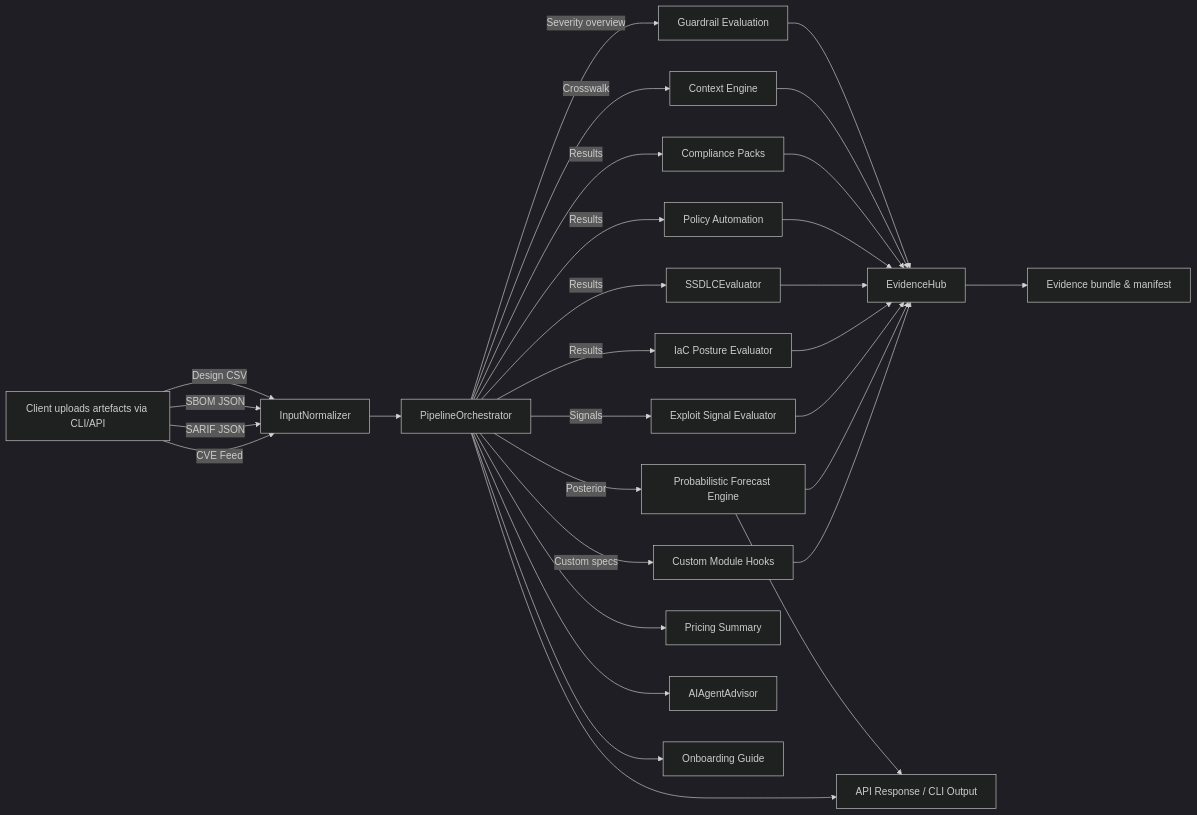
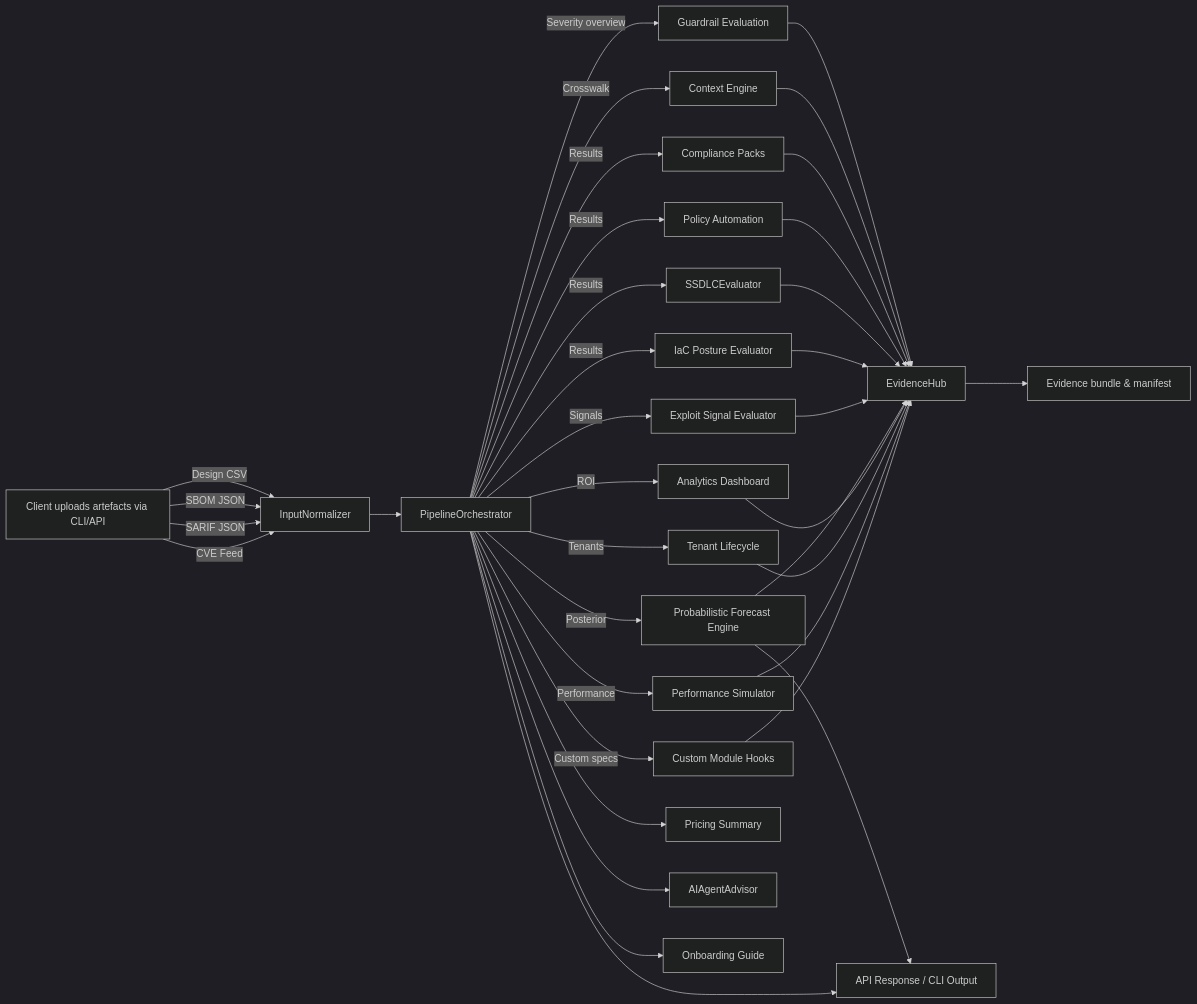
One commit to DevOpsMadDog/Fixops changed the diagram in docs/PLATFORM_RUNBOOK.md. Above: the diagram before and after it, drawn with Mermaid (dark theme). The commit also changed other lines of this file and 16 other files, not shown here.

Commit message:
Add ROI analytics, tenant lifecycle, and performance simulation modules

````diff
--- a/docs/PLATFORM_RUNBOOK.md
+++ b/docs/PLATFORM_RUNBOOK.md
@@ -24,32 +27,38 @@
 ```mermaid
 flowchart LR
     A[Client uploads artefacts via CLI/API] -->|Design CSV| B[InputNormalizer]
     A -->|SBOM JSON| B
     A -->|SARIF JSON| B
     A -->|CVE Feed| B
     B --> C[PipelineOrchestrator]
     C -->|Severity overview| D[Guardrail Evaluation]
     C -->|Crosswalk| E[Context Engine]
     C -->|Results| F[Compliance Packs]
     C -->|Results| G[Policy Automation]
     C -->|Results| H[SSDLCEvaluator]
     C -->|Results| P[IaC Posture Evaluator]
     C -->|Signals| O[Exploit Signal Evaluator]
     C -->|Posterior| R[Probabilistic Forecast Engine]
+    C -->|ROI| S[Analytics Dashboard]
+    C -->|Tenants| T[Tenant Lifecycle]
+    C -->|Performance| U[Performance Simulator]
     C -->|Custom specs| Q[Custom Module Hooks]
     D --> I[EvidenceHub]
     E --> I
     F --> I
     G --> I
     H --> I
     P --> I
     O --> I
     R --> I
+    S --> I
+    T --> I
+    U --> I
     R --> N
     Q --> I
     I --> J[Evidence bundle & manifest]
     C --> K[Pricing Summary]
     C --> L[AIAgentAdvisor]
     C --> M[Onboarding Guide]
     C --> N[API Response / CLI Output]
 ```
````
